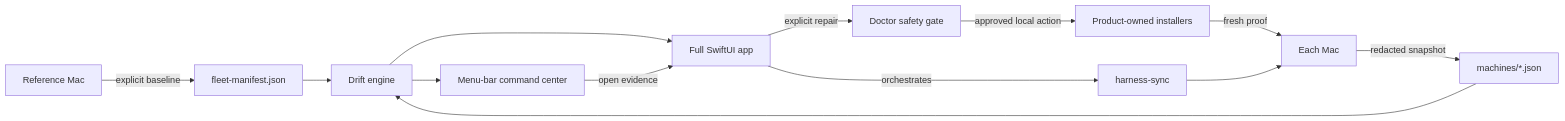
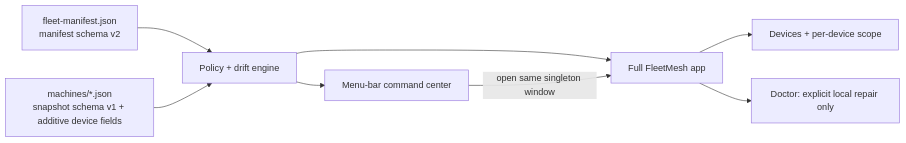
Before and after one commit to pstarkgit/FleetMesh: the diagram in README.md, drawn with Mermaid. The commit also changed other lines of this file and 24 other files, not shown here.

Commit message:
feat: ship FleetMesh device policy and reliability UX

````diff
--- a/README.md
+++ b/README.md
@@ -16,15 +27,10 @@
 ```mermaid
 flowchart LR
-    A[Reference Mac] -->|explicit baseline| M[fleet-manifest.json]
-    B[Each Mac] -->|redacted snapshot| S[machines/*.json]
-    M --> D[Drift engine]
-    S --> D
-    D --> U[Full SwiftUI app]
-    D --> MB[Menu-bar command center]
-    MB -->|open evidence| U
-    U -->|explicit repair| G[Doctor safety gate]
-    G -->|approved local action| I[Product-owned installers]
-    U -->|orchestrates| H[harness-sync]
-    I -->|fresh proof| B
-    H --> B
+    Manifest[fleet-manifest.json\nmanifest schema v2] --> Engine[Policy + drift engine]
+    Reports[machines/*.json\nsnapshot schema v1 + additive device fields] --> Engine
+    Engine --> Menu[Menu-bar command center]
+    Engine --> App[Full FleetMesh app]
+    App --> Devices[Devices + per-device scope]
+    App --> Doctor[Doctor: explicit local repair only]
+    Menu -->|open same singleton window| App
 ```
````
